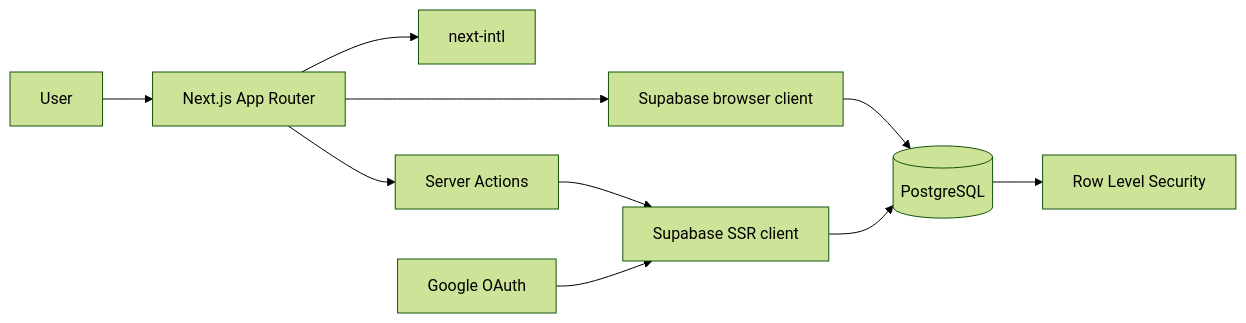
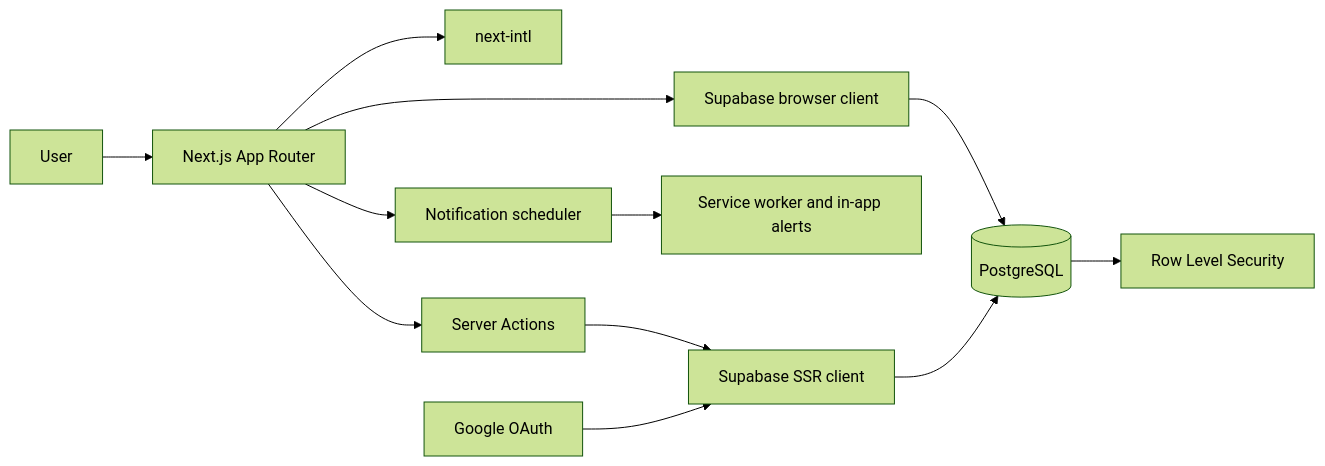
One commit to JoanOliver04/planora changed the diagram in README.md. Above: the diagram before and after it, drawn with Mermaid (forest theme). The commit also changed other lines of this file and 1 other file, not shown here.

````diff
--- a/README.md
+++ b/README.md
@@ -127,12 +138,14 @@
 ```mermaid
 flowchart LR
     U[User] --> UI[Next.js App Router]
     UI --> I18N[next-intl]
     UI --> SA[Server Actions]
     UI --> SC[Supabase browser client]
+    UI --> NS[Notification scheduler]
+    NS --> SW[Service worker and in-app alerts]
     SA --> SSR[Supabase SSR client]
     SC --> DB[(PostgreSQL)]
     SSR --> DB
     DB --> RLS[Row Level Security]
     AUTH[Google OAuth] --> SSR
 ```
````
